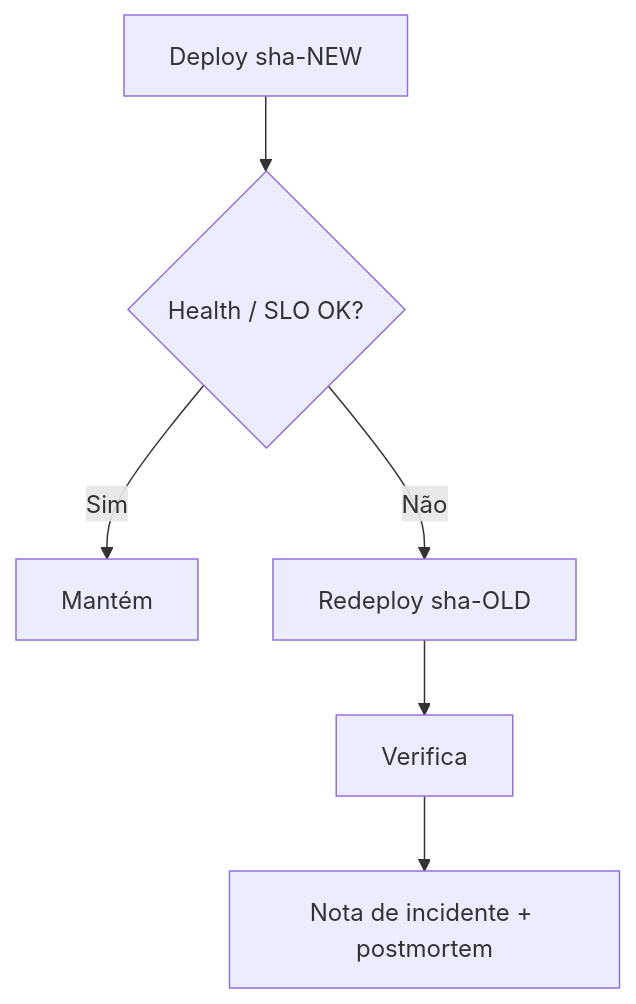
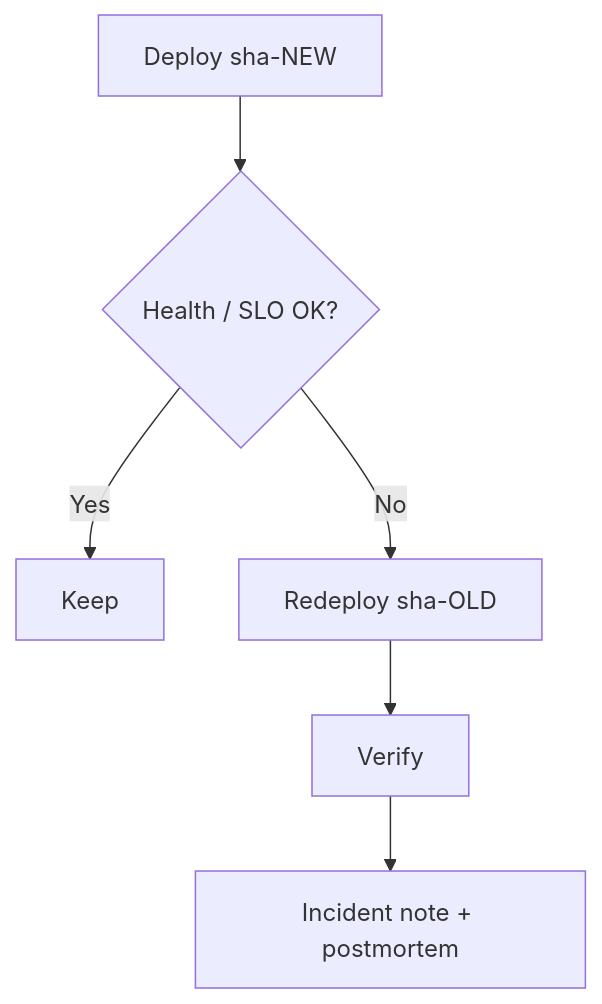
One commit to alissonf216/licitech-architecture-showcase changed the fifth of 5 diagrams in docs/DEVOPS_AND_CICD.md. Above: the diagram before and after it, drawn with Mermaid. The commit also changed other lines of this file and 36 other files, not shown here.

First line of the commit message:
Add Licitech architecture portfolio (EN + PT-BR)

````diff
--- a/docs/DEVOPS_AND_CICD.md
+++ b/docs/DEVOPS_AND_CICD.md
@@ -175,8 +177,8 @@
 ```mermaid
 flowchart TD
     D[Deploy sha-NEW] --> H{Health / SLO OK?}
-    H -->|Sim| K[Mantém]
-    H -->|Não| R[Redeploy sha-OLD]
-    R --> V[Verifica]
-    V --> I[Nota de incidente + postmortem]
+    H -->|Yes| K[Keep]
+    H -->|No| R[Redeploy sha-OLD]
+    R --> V[Verify]
+    V --> I[Incident note + postmortem]
 ```
````
